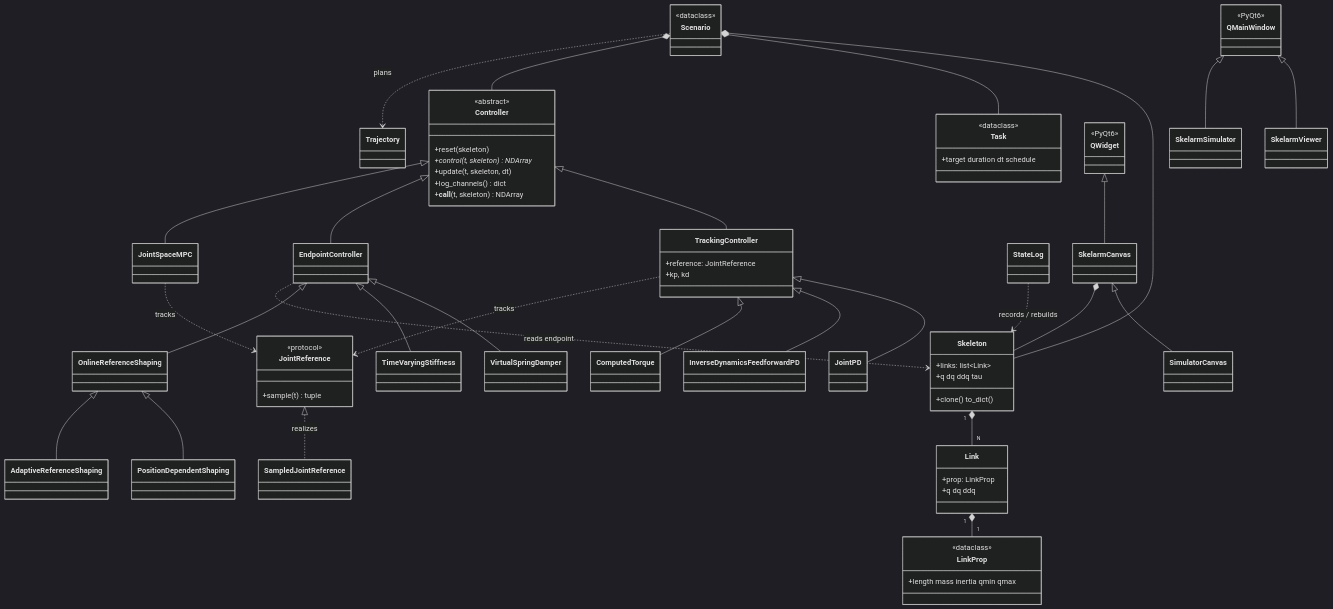
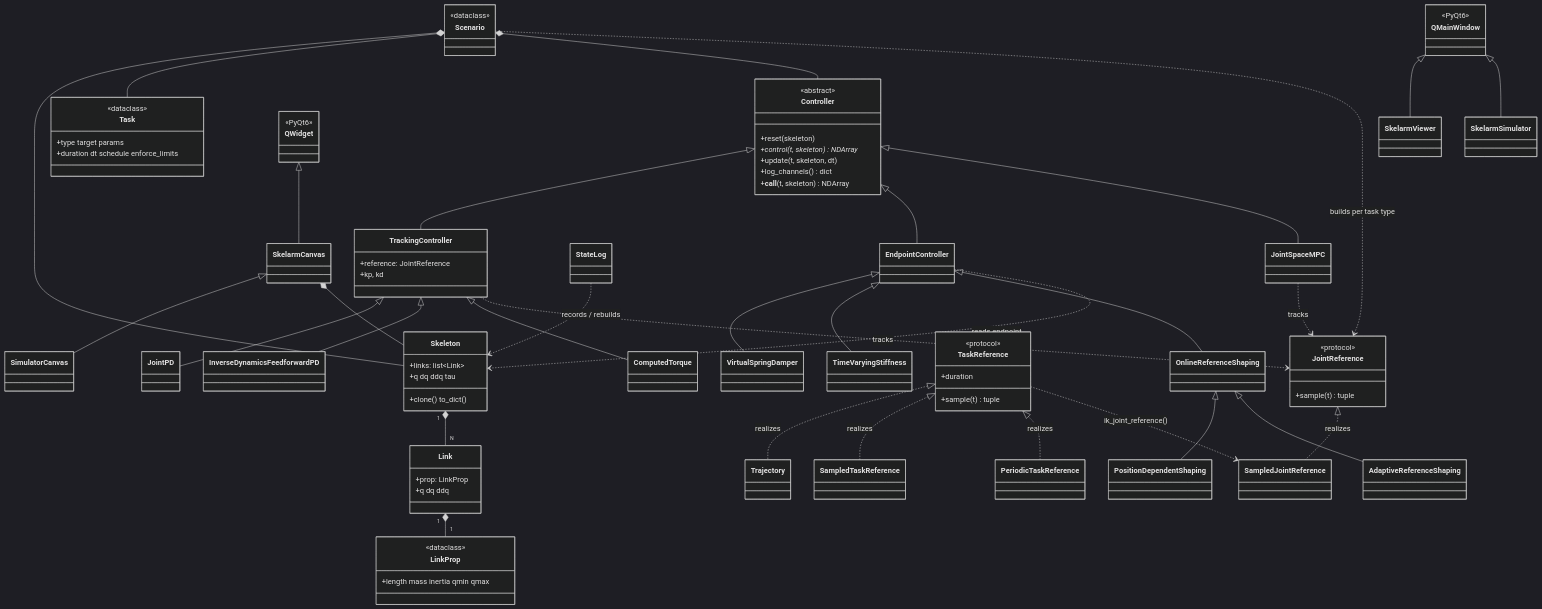
The diagram in docs/api/architecture.md (hrshtst/skelarm), drawn with Mermaid (dark theme) before and after one commit. The commit also changed other lines of this file and 3 other files, not shown here.

First line of the commit message:
docs: update docs for the new task types, references, and simulators

```diff
--- a/docs/api/architecture.md
+++ b/docs/api/architecture.md
@@ -60,12 +62,21 @@
     EndpointController ..> Skeleton : reads endpoint
     StateLog ..> Skeleton : records / rebuilds
 
-    %% ── Joint reference (structural Protocol) ────
+    %% ── Task & joint references (structural Protocols) ──
+    class TaskReference {
+        <<protocol>>
+        +duration
+        +sample(t) tuple
+    }
     class JointReference {
         <<protocol>>
         +sample(t) tuple
     }
+    TaskReference <|.. Trajectory : realizes
+    TaskReference <|.. SampledTaskReference : realizes
+    TaskReference <|.. PeriodicTaskReference : realizes
     JointReference <|.. SampledJointReference : realizes
+    TaskReference ..> SampledJointReference : ik_joint_reference()
     TrackingController ..> JointReference : tracks
     JointSpaceMPC ..> JointReference : tracks
 
@@ -75,12 +86,13 @@
     }
     class Task {
         <<dataclass>>
-        +target duration dt schedule
+        +type  target  params
+        +duration  dt  schedule  enforce_limits
     }
     Scenario *-- Skeleton
     Scenario *-- Task
     Scenario *-- Controller
-    Scenario ..> Trajectory : plans
+    Scenario ..> JointReference : builds per task type
 
     %% ── PyQt6 GUI ───────────────────────────────
     class QWidget {
```
